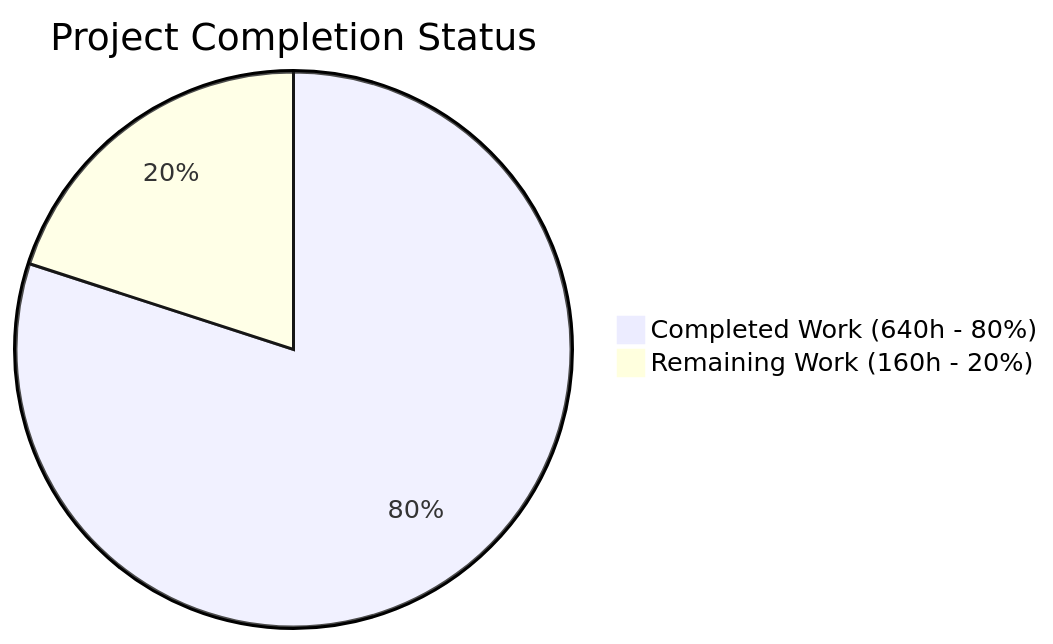
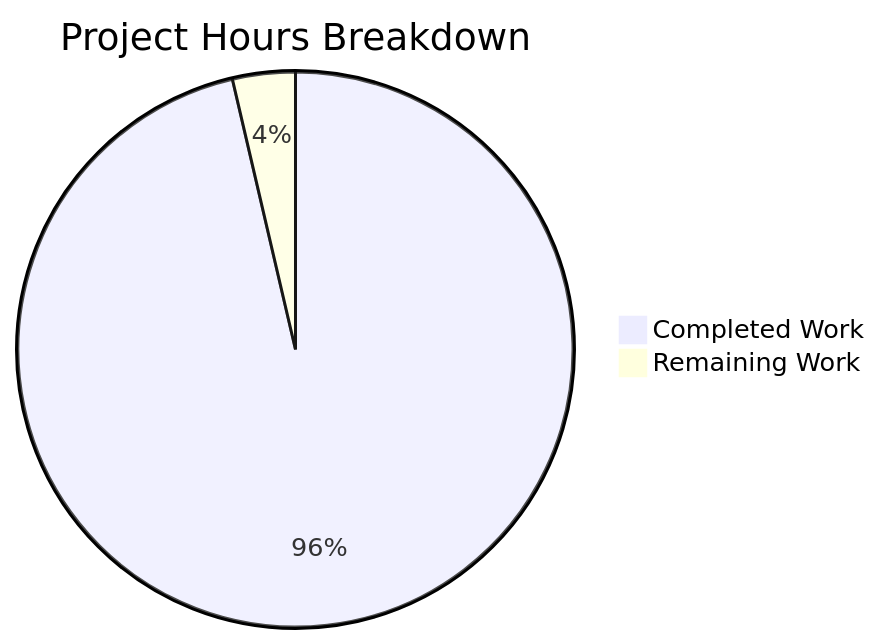
Before and after one commit to blitzy-public-samples/blitzy-spark: the diagram in blitzy/documentation/Project Guide.md, drawn with Mermaid. The commit also changed other lines of this file, not shown here.

Commit message:
Adding Blitzy Project Guide: Project Status and Human Tasks Remaining

````diff
--- a/blitzy/documentation/Project Guide.md
+++ b/blitzy/documentation/Project Guide.md
@@ -215,5 +83,5 @@
 ```mermaid
-pie title Project Completion Status
-    "Completed Work (640h - 80%)" : 640
-    "Remaining Work (160h - 20%)" : 160
+pie title Project Hours Breakdown
+    "Completed Work" : 528
+    "Remaining Work" : 20
 ```
````
